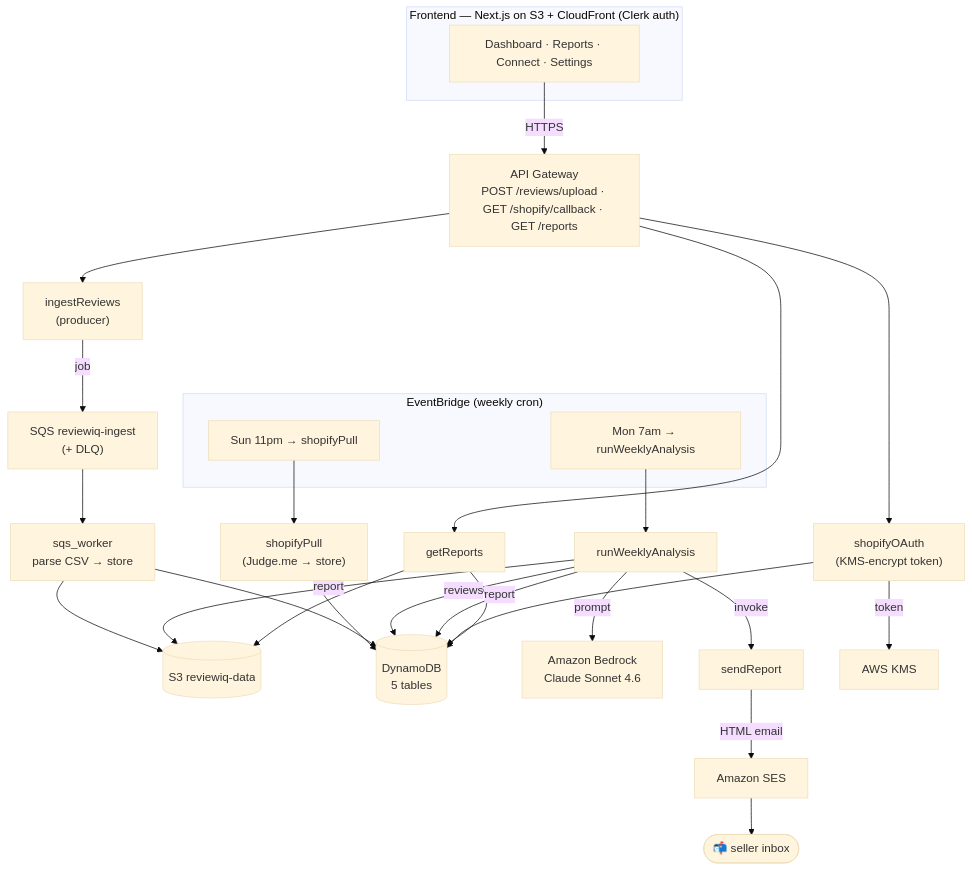
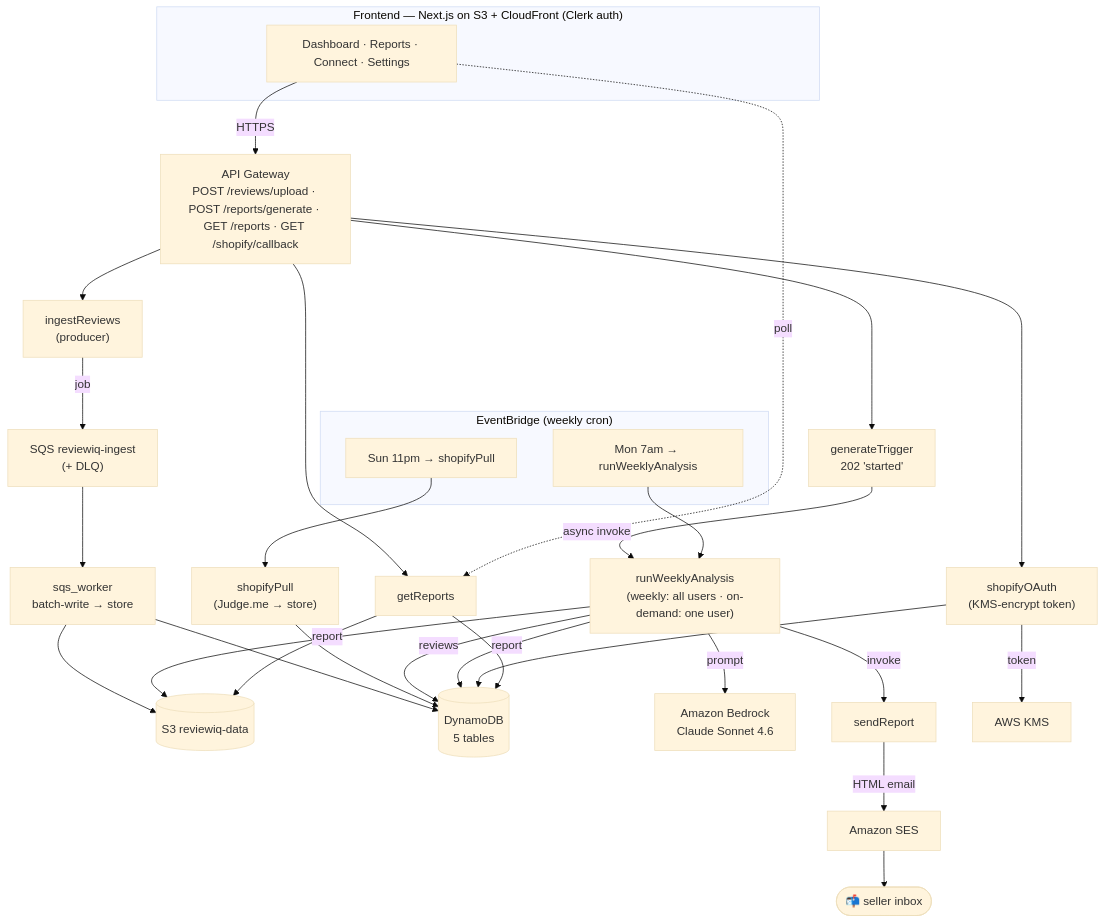
One commit to DhanushChinivar/reviewiq changed the diagram in README.md. Above: the diagram before and after it, drawn with Mermaid (base theme). The commit also changed other lines of this file and 1 other file, not shown here.

````diff
--- a/README.md
+++ b/README.md
@@ -30,35 +31,39 @@
 ```mermaid
 flowchart TB
     subgraph Client["Frontend — Next.js on S3 + CloudFront (Clerk auth)"]
         UI["Dashboard · Reports · Connect · Settings"]
     end
-    UI -->|HTTPS| APIGW["API Gateway\nPOST /reviews/upload · GET /shopify/callback · GET /reports"]
+    UI -->|HTTPS| APIGW["API Gateway\nPOST /reviews/upload · POST /reports/generate · GET /reports · GET /shopify/callback"]
 
     APIGW --> ING["ingestReviews\n(producer)"]
+    APIGW --> GEN["generateTrigger\n202 'started'"]
     APIGW --> OAUTH["shopifyOAuth\n(KMS-encrypt token)"]
     APIGW --> GET["getReports"]
 
     ING -->|job| SQS["SQS reviewiq-ingest\n(+ DLQ)"]
-    SQS --> WORK["sqs_worker\nparse CSV → store"]
+    SQS --> WORK["sqs_worker\nbatch-write → store"]
     WORK --> S3[("S3 reviewiq-data")]
     WORK --> DDB[("DynamoDB\n5 tables")]
+
+    GEN -->|async invoke| ANALYZE
+    UI -.->|poll| GET
 
     subgraph Sched["EventBridge (weekly cron)"]
         E1["Sun 11pm → shopifyPull"]
         E2["Mon 7am → runWeeklyAnalysis"]
     end
     E1 --> PULL["shopifyPull\n(Judge.me → store)"] --> DDB
-    E2 --> ANALYZE["runWeeklyAnalysis"]
+    E2 --> ANALYZE["runWeeklyAnalysis\n(weekly: all users · on-demand: one user)"]
 
     ANALYZE -->|reviews| DDB
     ANALYZE -->|prompt| BEDROCK["Amazon Bedrock\nClaude Sonnet 4.6"]
     ANALYZE -->|report| S3
     ANALYZE -->|report| DDB
     ANALYZE -->|invoke| SEND["sendReport"]
     SEND -->|HTML email| SES["Amazon SES"] --> Inbox(["📬 seller inbox"])
 
     OAUTH -->|token| KMS["AWS KMS"]
     OAUTH --> DDB
     GET --> DDB
     GET --> S3
 ```
````
